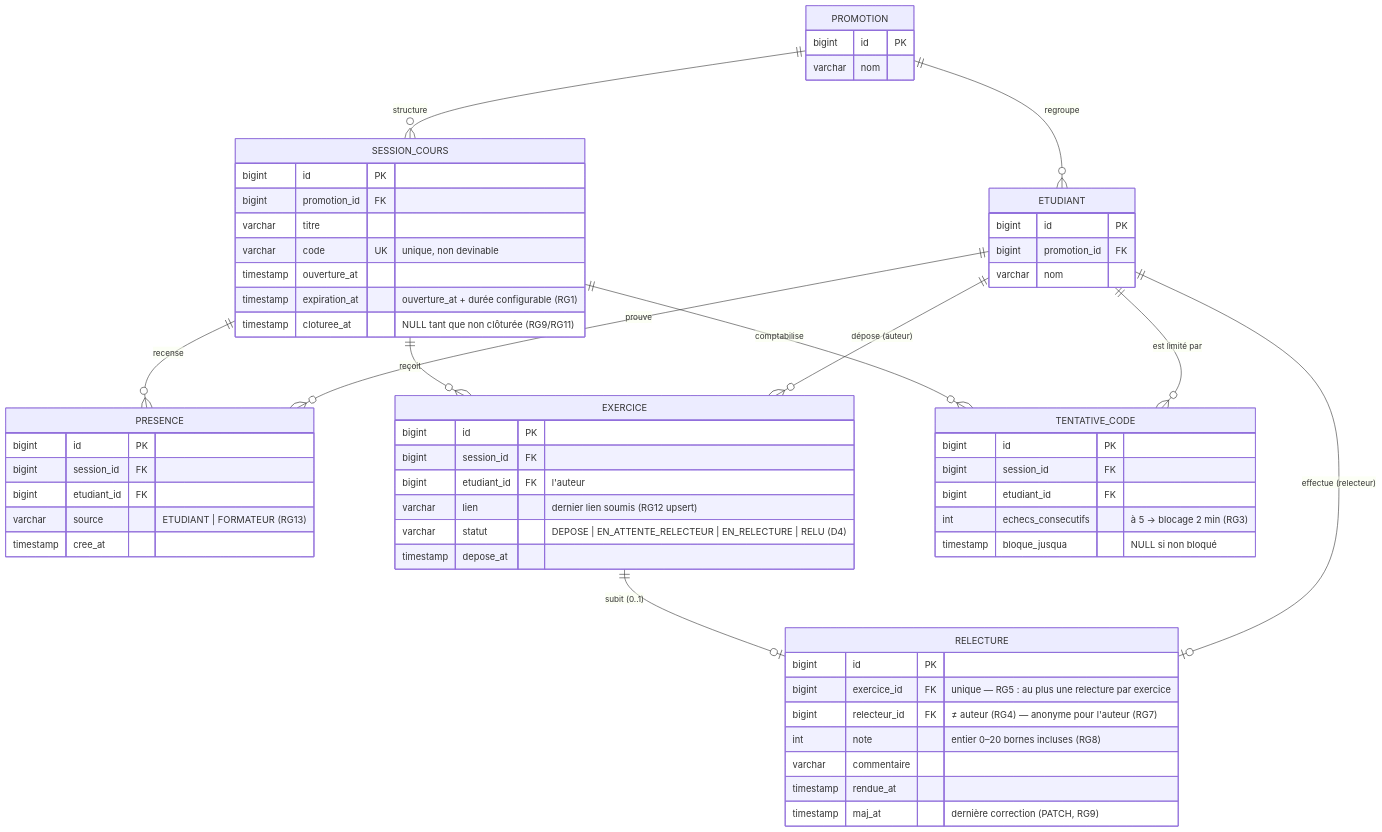
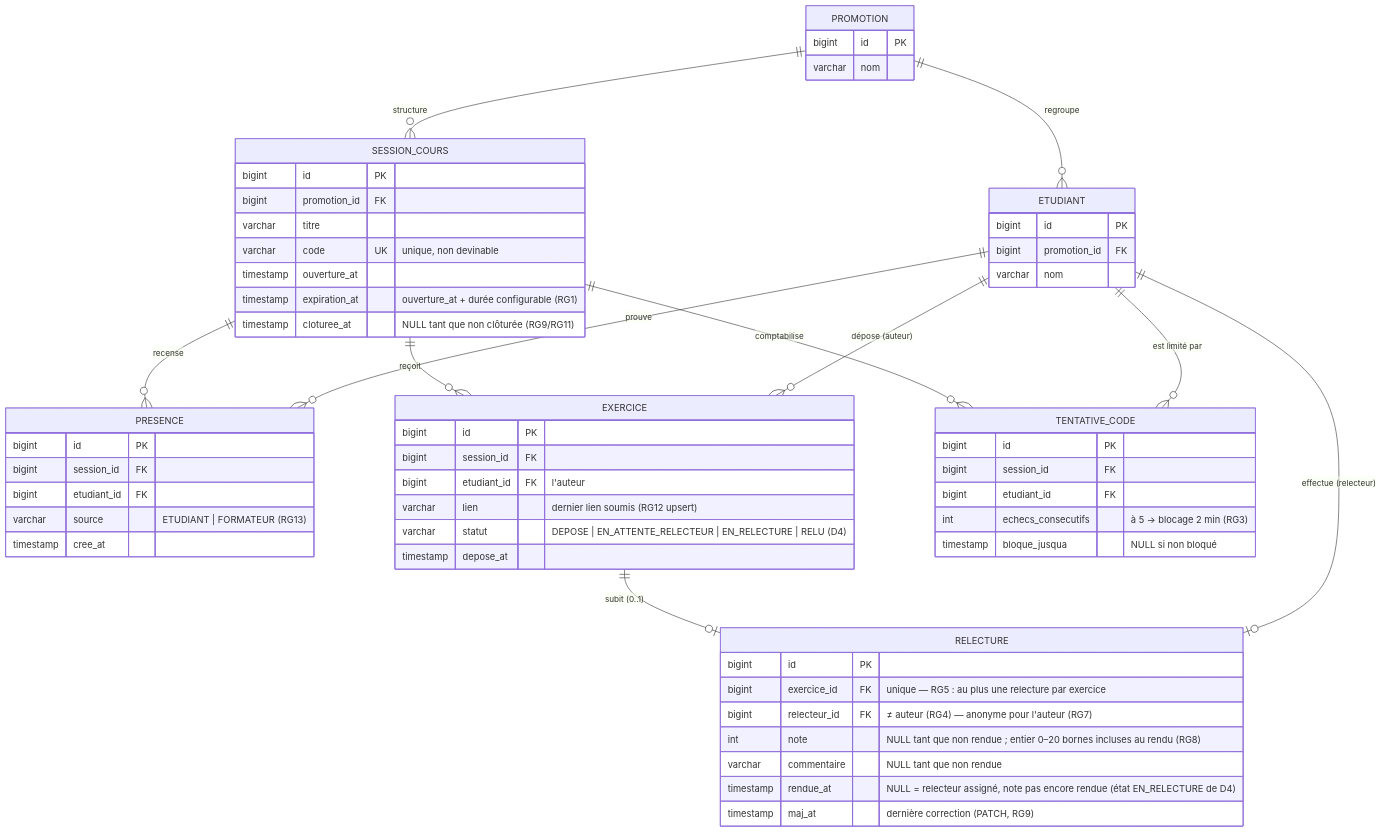
One commit to salioukoin1-afk/kfokam48-epreuve-209 changed the diagram in docs/diagrammes/D2_modele_donnees.md. Above: the diagram before and after it, drawn with Mermaid. The commit also changed other lines of this file and 8 other files, not shown here.

````diff
--- a/docs/diagrammes/D2_modele_donnees.md
+++ b/docs/diagrammes/D2_modele_donnees.md
@@ -5,69 +5,69 @@
 ```mermaid
 erDiagram
     PROMOTION ||--o{ ETUDIANT : "regroupe"
     PROMOTION ||--o{ SESSION_COURS : "structure"
     SESSION_COURS ||--o{ PRESENCE : "recense"
     ETUDIANT ||--o{ PRESENCE : "prouve"
     SESSION_COURS ||--o{ EXERCICE : "reçoit"
     ETUDIANT ||--o{ EXERCICE : "dépose (auteur)"
     EXERCICE ||--o| RELECTURE : "subit (0..1)"
     ETUDIANT ||--o| RELECTURE : "effectue (relecteur)"
     SESSION_COURS ||--o{ TENTATIVE_CODE : "comptabilise"
     ETUDIANT ||--o{ TENTATIVE_CODE : "est limité par"
 
     PROMOTION {
         bigint id PK
         varchar nom
     }
 
     ETUDIANT {
         bigint id PK
         bigint promotion_id FK
         varchar nom
     }
 
     SESSION_COURS {
         bigint id PK
         bigint promotion_id FK
         varchar titre
         varchar code UK "unique, non devinable"
         timestamp ouverture_at
         timestamp expiration_at "ouverture_at + durée configurable (RG1)"
         timestamp cloturee_at "NULL tant que non clôturée (RG9/RG11)"
     }
 
     PRESENCE {
         bigint id PK
         bigint session_id FK
         bigint etudiant_id FK
         varchar source "ETUDIANT | FORMATEUR (RG13)"
         timestamp cree_at
     }
 
     EXERCICE {
         bigint id PK
         bigint session_id FK
         bigint etudiant_id FK "l'auteur"
         varchar lien "dernier lien soumis (RG12 upsert)"
         varchar statut "DEPOSE | EN_ATTENTE_RELECTEUR | EN_RELECTURE | RELU (D4)"
         timestamp depose_at
     }
 
     RELECTURE {
         bigint id PK
         bigint exercice_id FK "unique — RG5 : au plus une relecture par exercice"
         bigint relecteur_id FK "≠ auteur (RG4) — anonyme pour l'auteur (RG7)"
-        int note "entier 0–20 bornes incluses (RG8)"
-        varchar commentaire
-        timestamp rendue_at
+        int note "NULL tant que non rendue ; entier 0–20 bornes incluses au rendu (RG8)"
+        varchar commentaire "NULL tant que non rendue"
+        timestamp rendue_at "NULL = relecteur assigné, note pas encore rendue (état EN_RELECTURE de D4)"
         timestamp maj_at "dernière correction (PATCH, RG9)"
     }
 
     TENTATIVE_CODE {
         bigint id PK
         bigint session_id FK
         bigint etudiant_id FK
         int echecs_consecutifs "à 5 → blocage 2 min (RG3)"
         timestamp bloque_jusqua "NULL si non bloqué"
     }
 ```
````
